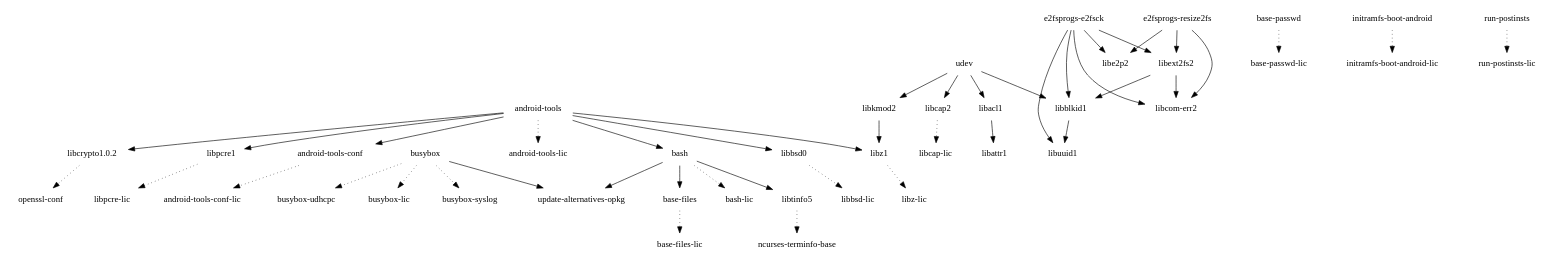
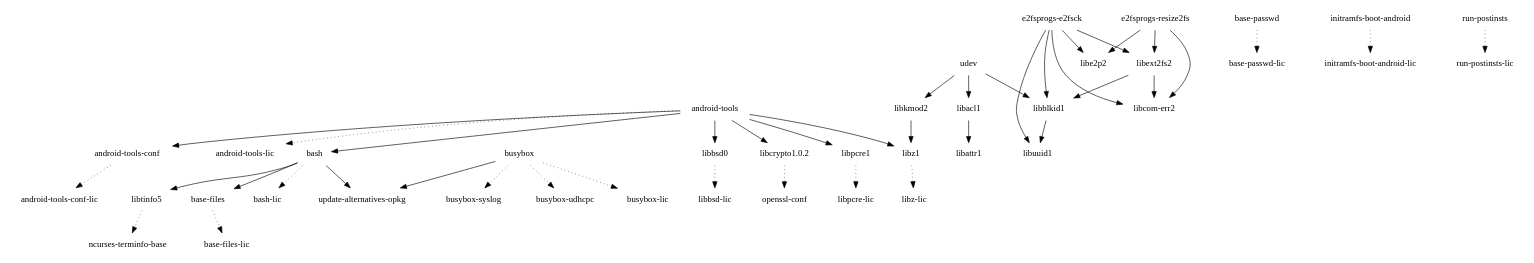
The diagram in images/mido/glibc/initramfs-android-image/depends-nokernel-nolibc.dot (webOS-ports/buildhistory), drawn with Graphviz before and after one commit. The commit also changed 10635 other files, not shown here.

```diff
--- a/images/mido/glibc/initramfs-android-image/depends-nokernel-nolibc.dot
+++ b/images/mido/glibc/initramfs-android-image/depends-nokernel-nolibc.dot
@@ -1,46 +1,44 @@
 digraph depends {
     node [shape=plaintext]
 "android-tools" -> "android-tools-conf"
 "android-tools" -> "android-tools-lic" [style=dotted]
 "android-tools" -> "bash"
 "android-tools-conf" -> "android-tools-conf-lic" [style=dotted]
 "android-tools" -> "libbsd0"
 "android-tools" -> "libcrypto1.0.2"
 "android-tools" -> "libpcre1"
 "android-tools" -> "libz1"
 "base-files" -> "base-files-lic" [style=dotted]
 "base-passwd" -> "base-passwd-lic" [style=dotted]
 "bash" -> "base-files"
 "bash" -> "bash-lic" [style=dotted]
 "bash" -> "libtinfo5"
 "bash" -> "update-alternatives-opkg"
 "busybox" -> "busybox-lic" [style=dotted]
 "busybox" -> "busybox-syslog" [style=dotted]
 "busybox" -> "busybox-udhcpc" [style=dotted]
 "busybox" -> "update-alternatives-opkg"
 "e2fsprogs-e2fsck" -> "libblkid1"
 "e2fsprogs-e2fsck" -> "libcom-err2"
 "e2fsprogs-e2fsck" -> "libe2p2"
 "e2fsprogs-e2fsck" -> "libext2fs2"
 "e2fsprogs-e2fsck" -> "libuuid1"
 "e2fsprogs-resize2fs" -> "libcom-err2"
 "e2fsprogs-resize2fs" -> "libe2p2"
 "e2fsprogs-resize2fs" -> "libext2fs2"
 "initramfs-boot-android" -> "initramfs-boot-android-lic" [style=dotted]
 "libacl1" -> "libattr1"
 "libblkid1" -> "libuuid1"
 "libbsd0" -> "libbsd-lic" [style=dotted]
-"libcap2" -> "libcap-lic" [style=dotted]
 "libcrypto1.0.2" -> "openssl-conf" [style=dotted]
 "libext2fs2" -> "libblkid1"
 "libext2fs2" -> "libcom-err2"
 "libkmod2" -> "libz1"
 "libpcre1" -> "libpcre-lic" [style=dotted]
 "libtinfo5" -> "ncurses-terminfo-base" [style=dotted]
 "libz1" -> "libz-lic" [style=dotted]
 "run-postinsts" -> "run-postinsts-lic" [style=dotted]
 "udev" -> "libacl1"
 "udev" -> "libblkid1"
-"udev" -> "libcap2"
 "udev" -> "libkmod2"
 }
```
